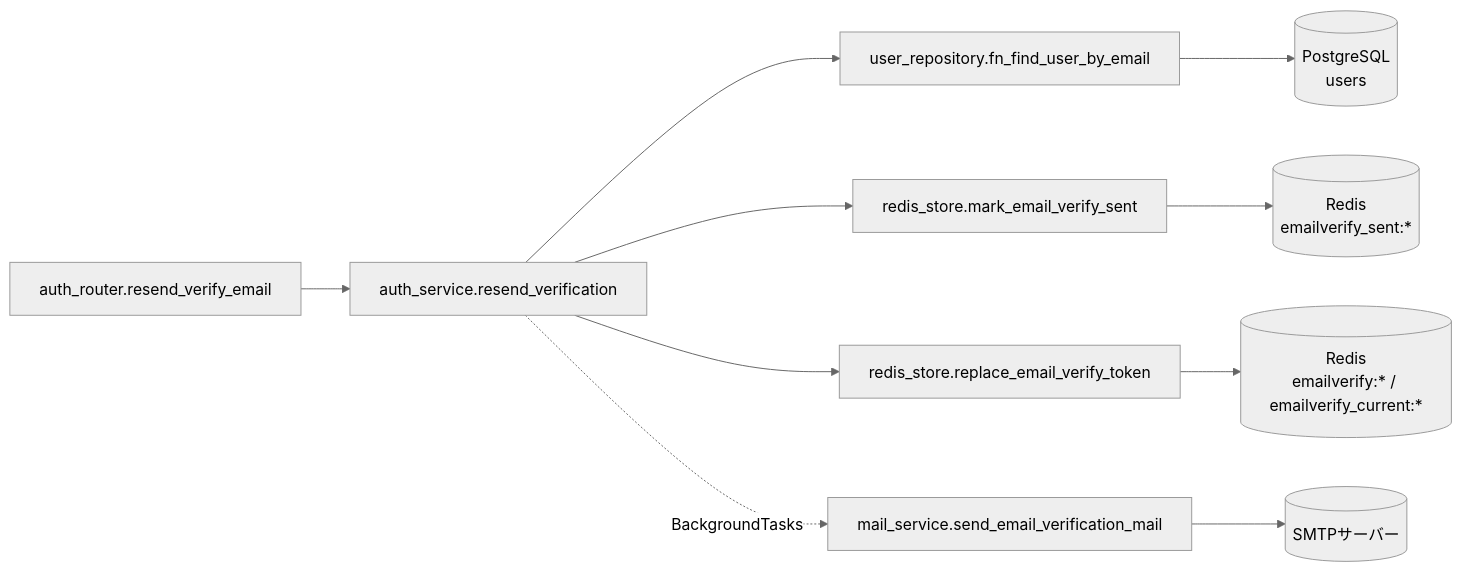
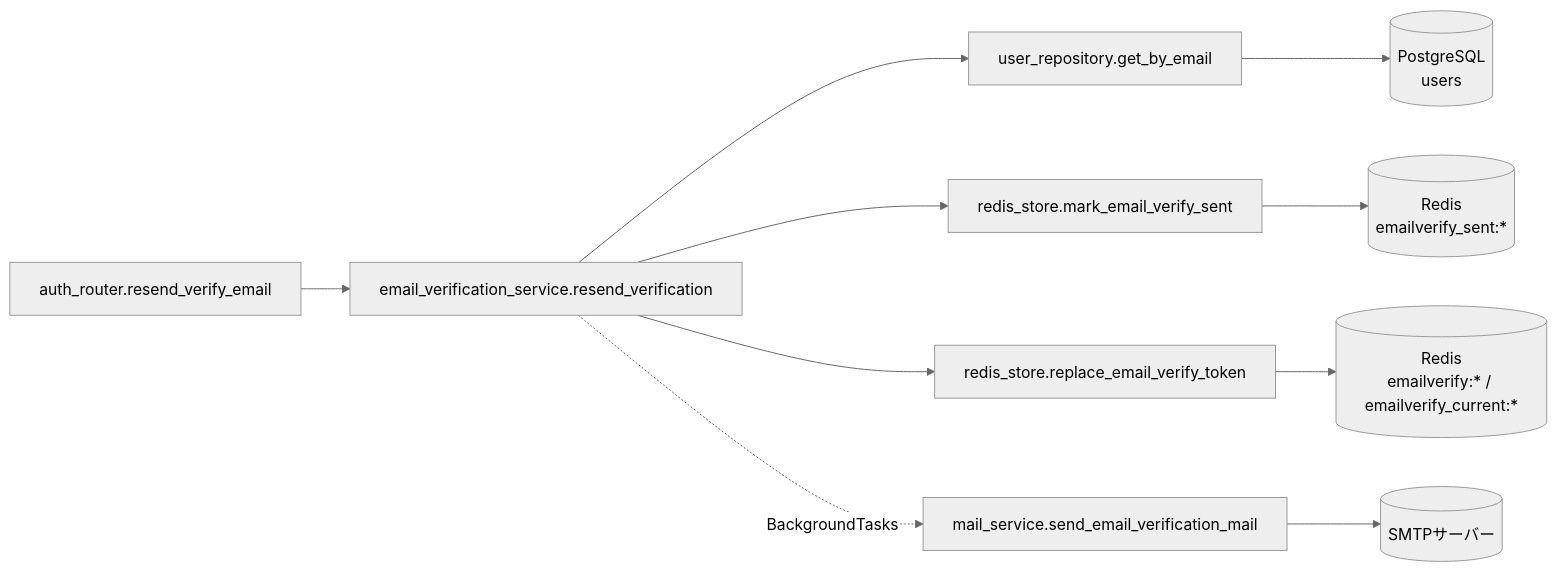
Before and after one commit to oikawa-d/task_management: the third of 4 diagrams in docs/detailed_design/api/auth/08_post_auth_verify_email_resend.md, drawn with Mermaid (neutral theme). The commit also changed other lines of this file and 33 other files, not shown here.

````diff
--- a/docs/detailed_design/api/auth/08_post_auth_verify_email_resend.md
+++ b/docs/detailed_design/api/auth/08_post_auth_verify_email_resend.md
@@ -211,12 +211,12 @@
 ```mermaid
 flowchart LR
-    R["auth_router.resend_verify_email"] --> S["auth_service.resend_verification"]
-    S --> UR["user_repository.fn_find_user_by_email"]
+    R["auth_router.resend_verify_email"] --> S["email_verification_service.resend_verification"]
+    S --> UR["user_repository.get_by_email"]
     S --> RD1["redis_store.mark_email_verify_sent"]
     S --> RD2["redis_store.replace_email_verify_token"]
     S -.->|"BackgroundTasks"| MS["mail_service.send_email_verification_mail"]
     UR --> PG[("PostgreSQL<br/>users")]
     RD1 --> REDIS[("Redis<br/>emailverify_sent:*")]
     RD2 --> REDIS2[("Redis<br/>emailverify:* / emailverify_current:*")]
     MS --> SMTP[("SMTPサーバー")]
 ```
````
